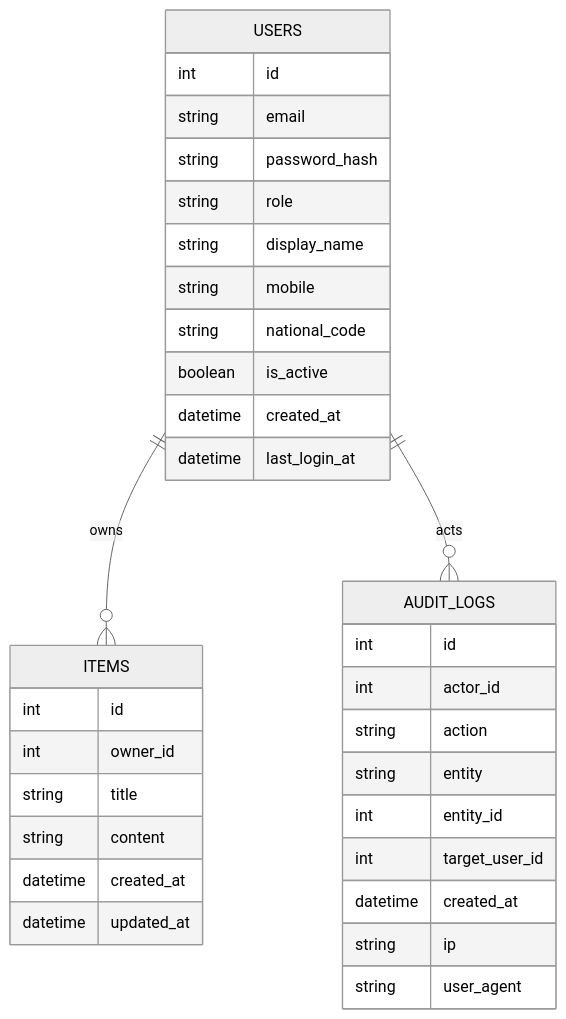
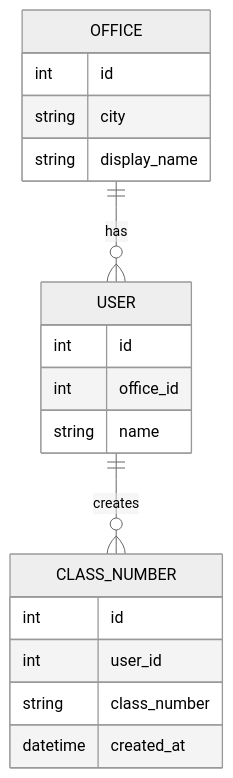
Before and after one commit to alinaghyan/kelaseh-v2: the second of 2 diagrams in .trae/documents/technical_architecture_app_farsi_ajax_db.md, drawn with Mermaid (neutral theme). The commit also changed other lines of this file and 8 other files, not shown here.

````diff
--- a/.trae/documents/technical_architecture_app_farsi_ajax_db.md
+++ b/.trae/documents/technical_architecture_app_farsi_ajax_db.md
@@ -40,39 +38,22 @@
 ```mermaid
 erDiagram
-  USERS ||--o{ ITEMS : owns
-  USERS ||--o{ AUDIT_LOGS : acts
+  OFFICE ||--o{ USER : "has"
+  USER ||--o{ CLASS_NUMBER : "creates"
 
-  USERS {
+  OFFICE {
     int id
-    string email
-    string password_hash
-    string role
+    string city
     string display_name
-    string mobile
-    string national_code
-    boolean is_active
+  }
+  USER {
+    int id
+    int office_id
+    string name
+  }
+  CLASS_NUMBER {
+    int id
+    int user_id
+    string class_number
     datetime created_at
-    datetime last_login_at
-  }
-
-  ITEMS {
-    int id
-    int owner_id
-    string title
-    string content
-    datetime created_at
-    datetime updated_at
-  }
-
-  AUDIT_LOGS {
-    int id
-    int actor_id
-    string action
-    string entity
-    int entity_id
-    int target_user_id
-    datetime created_at
-    string ip
-    string user_agent
   }
 ```
````
